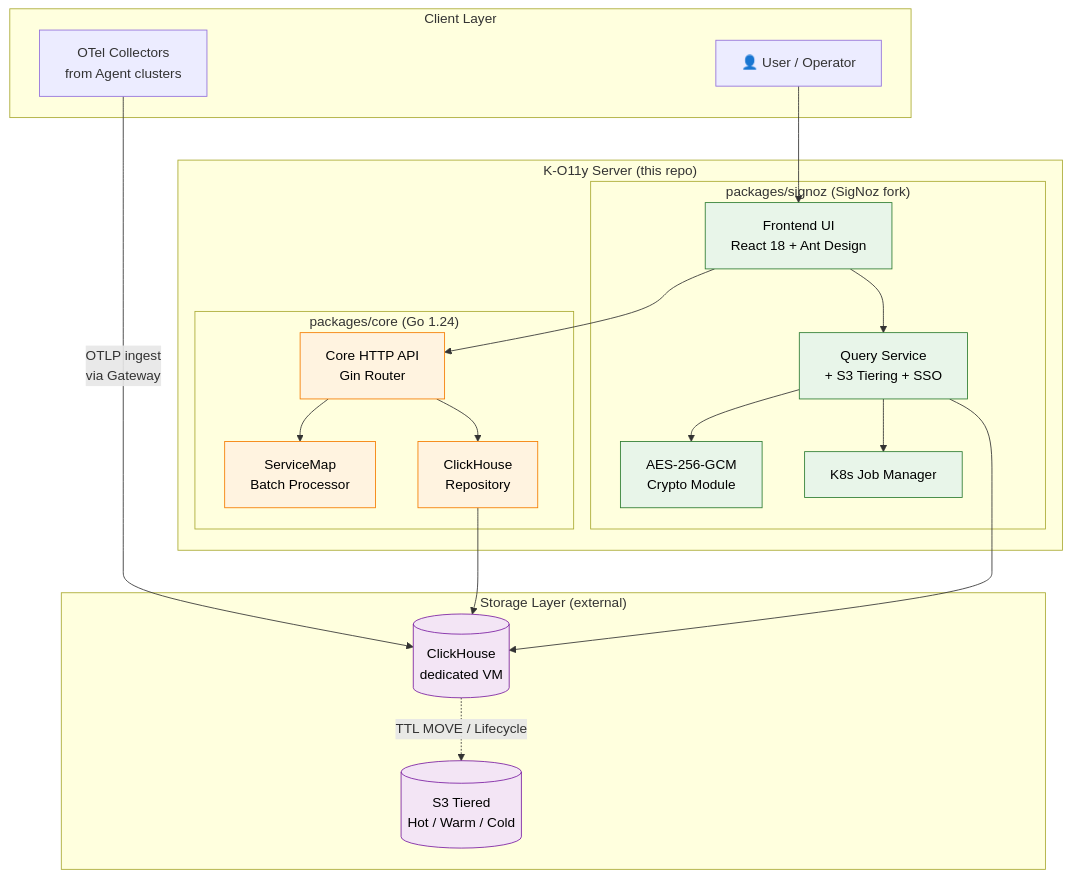
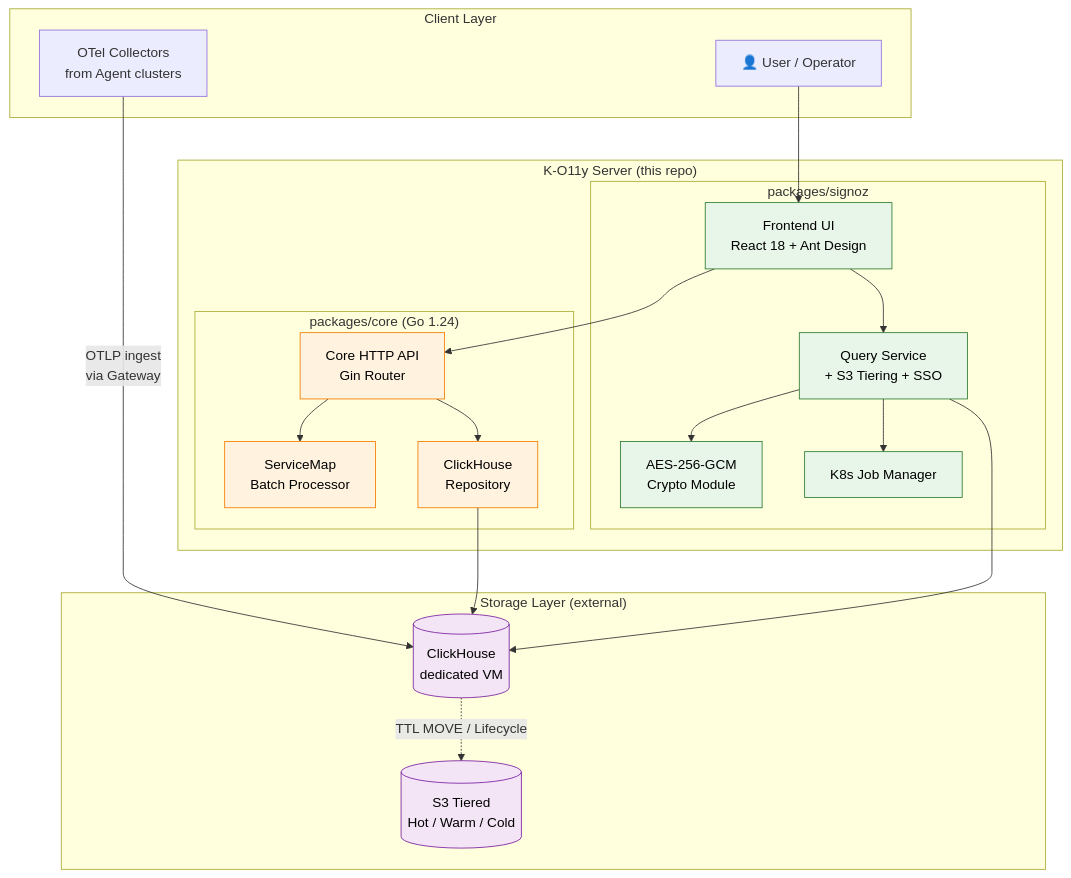
The diagram in README.md (Wondermove-Inc/k-o11y-server), drawn with Mermaid before and after one commit. The commit also changed other lines of this file and 1 other file, not shown here.

Commit message:
docs: minimize SigNoz mentions in README (keep license/paths/env vars only)

````diff
--- a/README.md
+++ b/README.md
@@ -39,47 +39,47 @@
 ```mermaid
 flowchart TB
     subgraph Clients["Client Layer"]
         User[👤 User / Operator]
         OTel[OTel Collectors<br/>from Agent clusters]
     end
 
     subgraph Server["K-O11y Server (this repo)"]
         subgraph CorePkg["packages/core (Go 1.24)"]
             CoreAPI[Core HTTP API<br/>Gin Router]
             BatchProc[ServiceMap<br/>Batch Processor]
             CoreRepo[ClickHouse<br/>Repository]
         end
 
-        subgraph SigNozPkg["packages/signoz (SigNoz fork)"]
+        subgraph SigNozPkg["packages/signoz"]
             Frontend[Frontend UI<br/>React 18 + Ant Design]
             QueryService[Query Service<br/>+ S3 Tiering + SSO]
             Crypto[AES-256-GCM<br/>Crypto Module]
             K8sJob[K8s Job Manager]
         end
 
         Frontend --> QueryService
         Frontend --> CoreAPI
         CoreAPI --> BatchProc
         CoreAPI --> CoreRepo
         QueryService --> Crypto
         QueryService --> K8sJob
     end
 
     subgraph Storage["Storage Layer (external)"]
         CH[(ClickHouse<br/>dedicated VM)]
         S3[(S3 Tiered<br/>Hot / Warm / Cold)]
     end
 
     User --> Frontend
     OTel -->|OTLP ingest<br/>via Gateway| CH
     CoreRepo --> CH
     QueryService --> CH
     CH -.TTL MOVE / Lifecycle.-> S3
 
     classDef core fill:#fff3e0,stroke:#f57c00,color:#000
     classDef signoz fill:#e8f5e9,stroke:#2e7d32,color:#000
     classDef storage fill:#f3e5f5,stroke:#7b1fa2,color:#000
     class CoreAPI,BatchProc,CoreRepo core
     class Frontend,QueryService,Crypto,K8sJob signoz
     class CH,S3 storage
 ```
````
